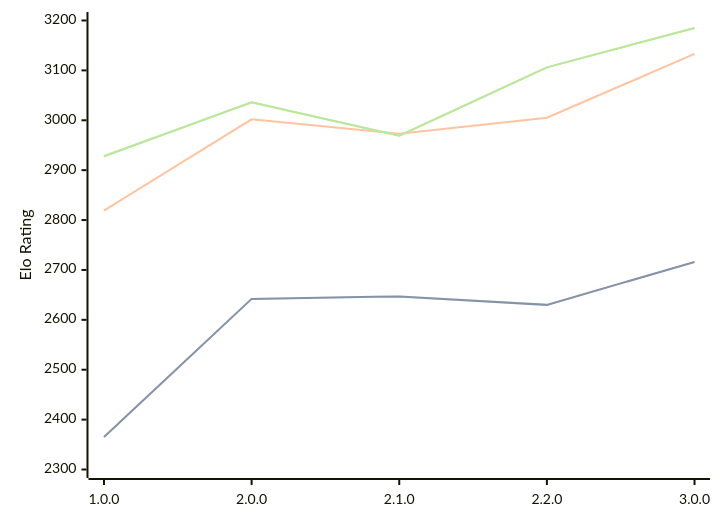
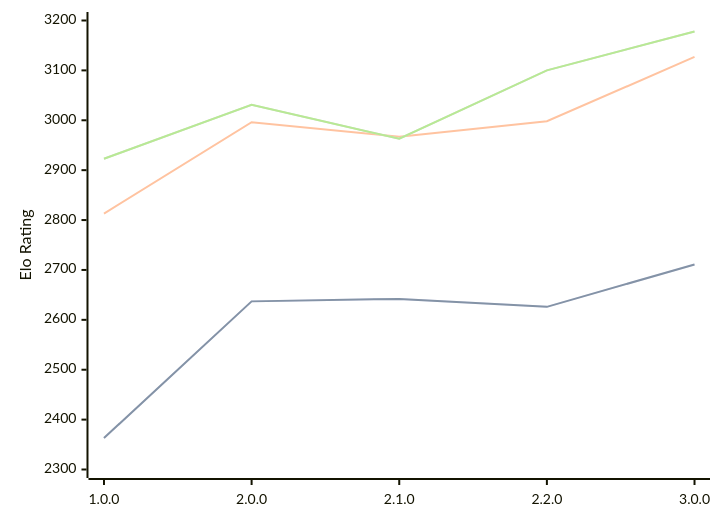
Before and after one commit to computer-chess-index/cci: the diagram in engines/Catalyst.md, drawn with Mermaid. The commit also changed other lines of this file, not shown here.

Commit message:
Update CCI Ratings (ELO VLTC) - 2026-05-18

````diff
--- a/engines/Catalyst.md
+++ b/engines/Catalyst.md
@@ -35,11 +35,11 @@
 ```mermaid
 %%{init: {"theme":"base","themeVariables":{"seriesColors:['#a3a3a3','#222221','#faa371']}}}%%
 xychart-beta
   x-axis ["1.0.0", "2.0.0", "2.1.0", "2.2.0", "3.0.0"]
   y-axis "Elo Rating" 2300 --> 3200
-  line "STC (8.0+0.08s)" [2365, 2642, 2647, 2630, 2716]
-  line "STC (8.0+0.08s)" [2365, 2642, 2647, 2630, 2716]
-  line "LTC (60.0+0.60s)" [2819, 3002, 2973, 3005, 3133]
-  line "VLTC (2m24s+1.12s)" [2928, 3036, 2969, 3106, 3185]
-  line "VLTC (2m24s+1.12s)" [2928, 3036, 2969, 3106, 3185]
+  line "STC (8.0+0.08s)" [2363, 2637, 2642, 2626, 2711]
+  line "STC (8.0+0.08s)" [2363, 2637, 2642, 2626, 2711]
+  line "LTC (60.0+0.60s)" [2813, 2996, 2967, 2998, 3127]
+  line "VLTC (2m24s+1.12s)" [2923, 3031, 2963, 3100, 3178]
+  line "VLTC (2m24s+1.12s)" [2923, 3031, 2963, 3100, 3178]
 ```
````
